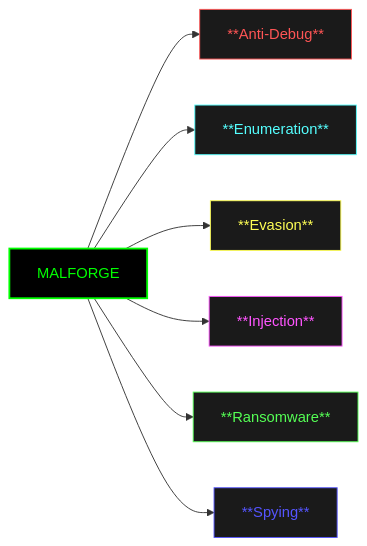
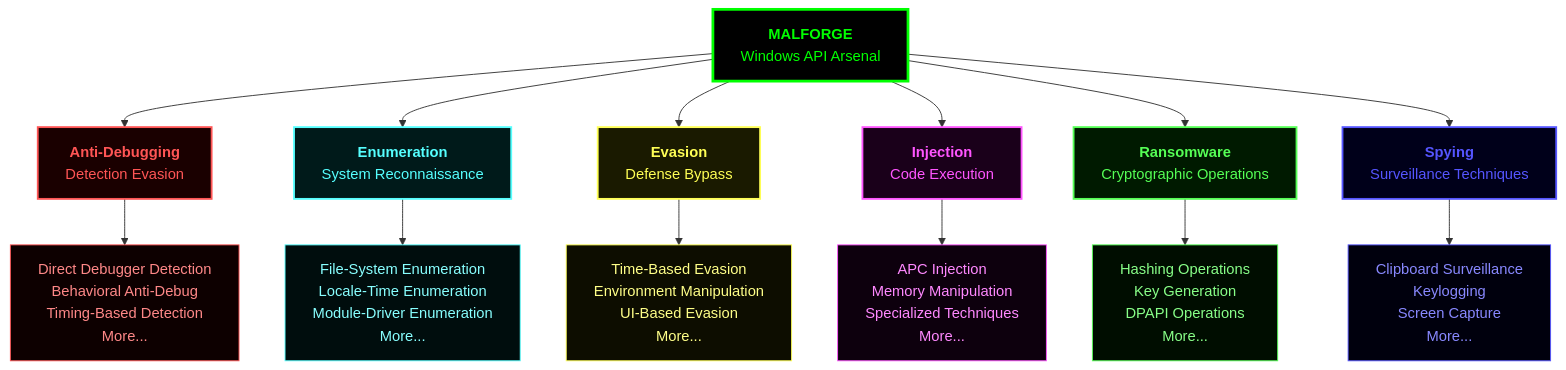
The diagram in README.md (CyberForgeEx-Labs/MALFORGE), drawn with Mermaid before and after one commit. The commit also changed other lines of this file, not shown here.

````diff
--- a/README.md
+++ b/README.md
@@ -18,24 +54,31 @@
 ```mermaid
-flowchart LR
-    A[MALFORGE] --> B["**Anti-Debug**"]
-    A --> C["**Enumeration**"]
-    A --> D["**Evasion**"]
-    A --> E["**Injection**"]
-    A --> F["**Ransomware**"]
-    A --> G["**Spying**"]
+flowchart TB
+    A["<b>MALFORGE</b><br/>Windows API Arsenal"] --> B["<b>Anti-Debugging</b><br/>Detection Evasion"]
+    A --> C["<b>Enumeration</b><br/>System Reconnaissance"]
+    A --> D["<b>Evasion</b><br/>Defense Bypass"]
+    A --> E["<b>Injection</b><br/>Code Execution"]
+    A --> F["<b>Ransomware</b><br/>Cryptographic Operations"]
+    A --> G["<b>Spying</b><br/>Surveillance Techniques"]
     
-    click B "https://github.com/CyberForgeEx/MALFORGE/tree/main/Anti-Debugging" "View Anti-Debugging Techniques"
-    click C "https://github.com/CyberForgeEx/MALFORGE/tree/main/Enumeration" "View Enumeration Methods"
-    click D "https://github.com/CyberForgeEx/MalAPI-Arsenal/tree/main/Evasion" "View Evasion Techniques"
-    click E "https://github.com/CyberForgeEx/MalAPI-Arsenal/tree/main/Injection" "View Injection Methods"
-    click F "https://github.com/CyberForgeEx/MalAPI-Arsenal/tree/main/Ransomware" "View Ransomware Modules"
-    click G "https://github.com/CyberForgeEx/MalAPI-Arsenal/tree/main/Spying" "View Spying Capabilities"
+    B --> B1["Direct Debugger Detection<br/>Behavioral Anti-Debug</br>Timing-Based Detection</br>More..."]
+    C --> C1["File-System Enumeration<br/>Locale-Time Enumeration<br/>Module-Driver Enumeration</br>More..."]
+    D --> D1["Time-Based Evasion<br/>Environment Manipulation<br/>UI-Based Evasion</br>More..."]
+    E --> E1["APC Injection<br/>Memory Manipulation<br/>Specialized Techniques</br>More..."]
+    F --> F1["Hashing Operations<br/>Key Generation<br/>DPAPI Operations</br>More..."]
+    G --> G1["Clipboard Surveillance<br/>Keylogging<br/>Screen Capture</br>More..."]
     
-    style A fill:#000000,color:#00ff00,stroke:#00ff00,stroke-width:2px
-    style B fill:#1a1a1a,color:#ff5555,stroke:#ff5555
-    style C fill:#1a1a1a,color:#55ffff,stroke:#55ffff
-    style D fill:#1a1a1a,color:#ffff55,stroke:#ffff55
-    style E fill:#1a1a1a,color:#ff55ff,stroke:#ff55ff
-    style F fill:#1a1a1a,color:#55ff55,stroke:#55ff55
-    style G fill:#1a1a1a,color:#5555ff,stroke:#5555ff
+    style A fill:#000000,color:#00ff00,stroke:#00ff00,stroke-width:3px
+    style B fill:#1a0000,color:#ff5555,stroke:#ff5555,stroke-width:2px
+    style C fill:#001a1a,color:#55ffff,stroke:#55ffff,stroke-width:2px
+    style D fill:#1a1a00,color:#ffff55,stroke:#ffff55,stroke-width:2px
+    style E fill:#1a001a,color:#ff55ff,stroke:#ff55ff,stroke-width:2px
+    style F fill:#001a00,color:#55ff55,stroke:#55ff55,stroke-width:2px
+    style G fill:#00001a,color:#5555ff,stroke:#5555ff,stroke-width:2px
+    
+    style B1 fill:#0d0000,color:#ff8888,stroke:#ff5555
+    style C1 fill:#000d0d,color:#88ffff,stroke:#55ffff
+    style D1 fill:#0d0d00,color:#ffff88,stroke:#ffff55
+    style E1 fill:#0d000d,color:#ff88ff,stroke:#ff55ff
+    style F1 fill:#000d00,color:#88ff88,stroke:#55ff55
+    style G1 fill:#00000d,color:#8888ff,stroke:#5555ff
 ```
````
